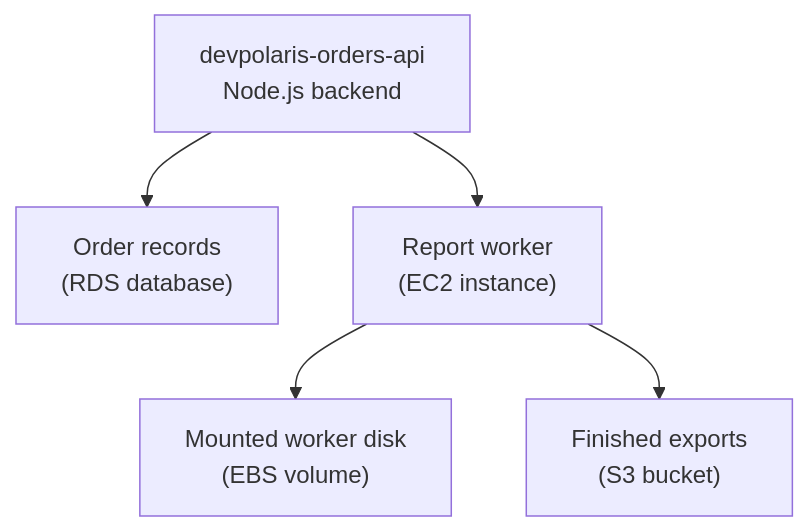
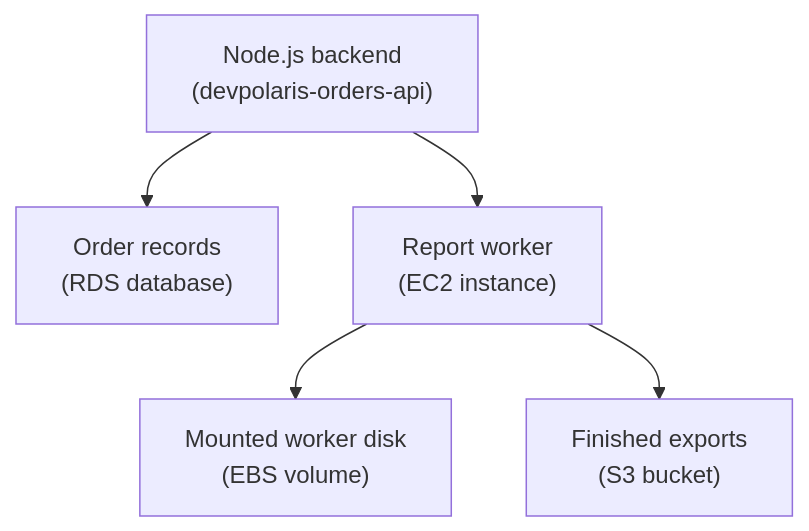
The first of 2 diagrams in cloud-providers/aws/storage-databases/ebs-and-efs-storage-attached-to-compute.md (senlinyy/dev-roadmaps), drawn with Mermaid before and after one commit. The commit also changed other lines of this file and 89 other files, not shown here.

````diff
--- a/cloud-providers/aws/storage-databases/ebs-and-efs-storage-attached-to-compute.md
+++ b/cloud-providers/aws/storage-databases/ebs-and-efs-storage-attached-to-compute.md
@@ -69,13 +69,13 @@
 ```mermaid
 flowchart TD
-    API["devpolaris-orders-api<br/>Node.js backend"]
+    API["Node.js backend<br/>(devpolaris-orders-api)"]
     DB["Order records<br/>(RDS database)"]
     WORKER["Report worker<br/>(EC2 instance)"]
     EBS["Mounted worker disk<br/>(EBS volume)"]
     S3["Finished exports<br/>(S3 bucket)"]
 
     API --> DB
     API --> WORKER
     WORKER --> EBS
     WORKER --> S3
 ```
````
